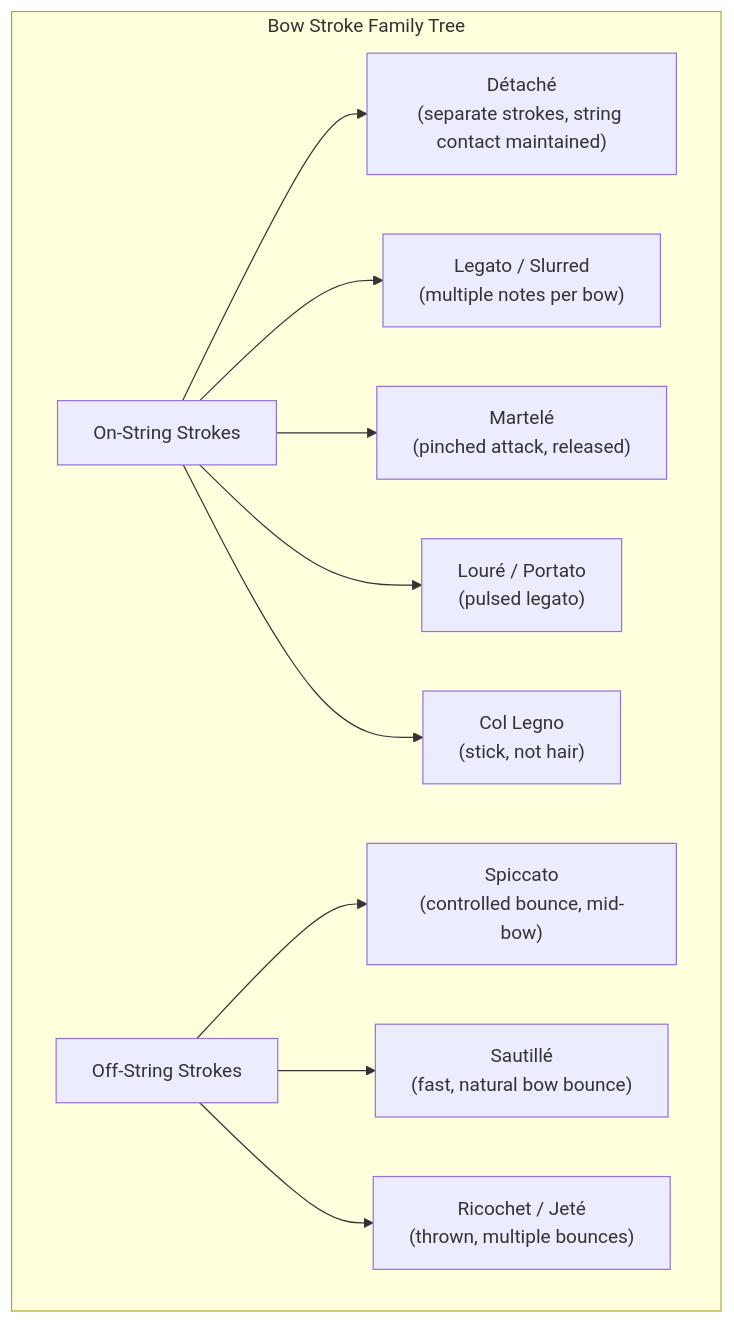
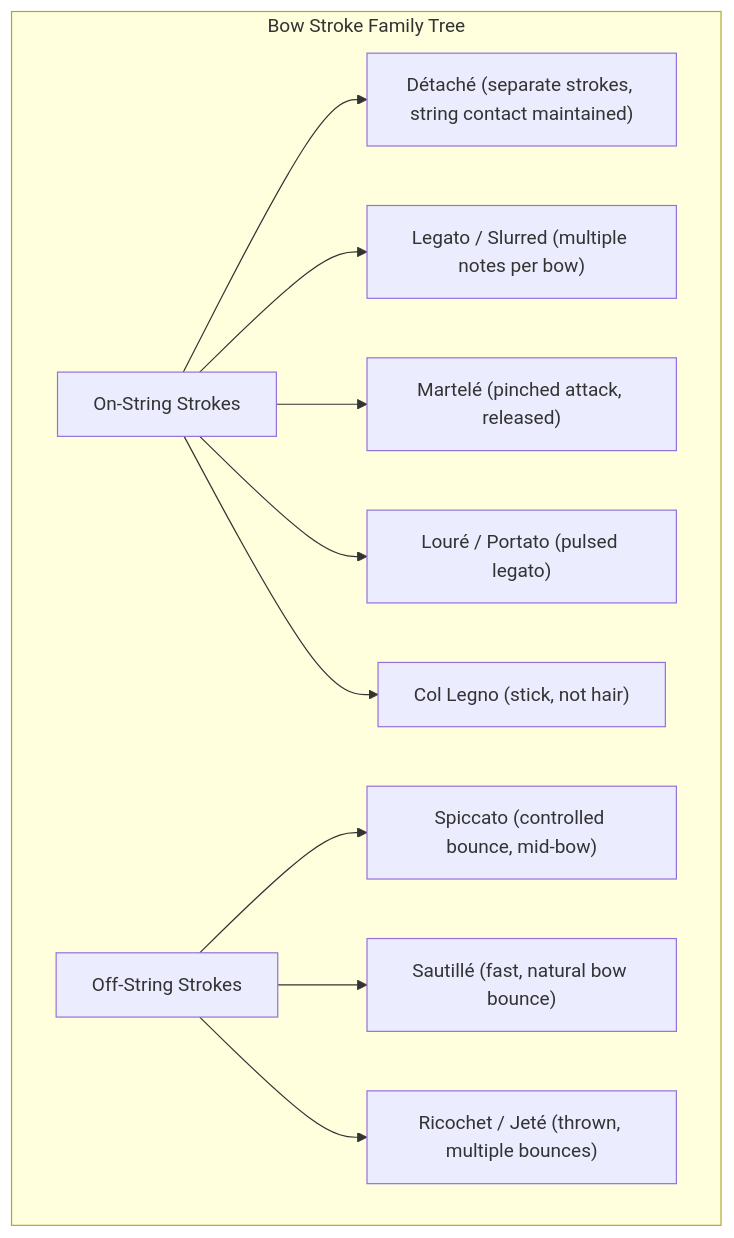
One commit to blebleblee/synapse changed the second of 6 diagrams in topics/arts/music_performance/strings/lesson_03_repertoire_and_practice.md. Above: the diagram before and after it, drawn with Mermaid. The commit also changed other lines of this file and 4 other files, not shown here.

````diff
--- a/topics/arts/music_performance/strings/lesson_03_repertoire_and_practice.md
+++ b/topics/arts/music_performance/strings/lesson_03_repertoire_and_practice.md
@@ -199,24 +197,24 @@
 ```mermaid
 graph TD
     subgraph sub_strokes ["Bow Stroke Family Tree"]
         A["On-String Strokes"]
         B["Off-String Strokes"]
-        C["Détaché\n(separate strokes, string contact maintained)"]
-        D["Legato / Slurred\n(multiple notes per bow)"]
-        E["Martelé\n(pinched attack, released)"]
-        F["Louré / Portato\n(pulsed legato)"]
-        G["Spiccato\n(controlled bounce, mid-bow)"]
-        H["Sautillé\n(fast, natural bow bounce)"]
-        I["Ricochet / Jeté\n(thrown, multiple bounces)"]
-        J["Col Legno\n(stick, not hair)"]
+        C["Détaché (separate strokes, string contact maintained)"]
+        D["Legato / Slurred (multiple notes per bow)"]
+        E["Martelé (pinched attack, released)"]
+        F["Louré / Portato (pulsed legato)"]
+        G["Spiccato (controlled bounce, mid-bow)"]
+        H["Sautillé (fast, natural bow bounce)"]
+        I["Ricochet / Jeté (thrown, multiple bounces)"]
+        J["Col Legno (stick, not hair)"]
     end
 
     A --> C
     A --> D
     A --> E
     A --> F
     B --> G
     B --> H
     B --> I
     A --> J
 ```
````
